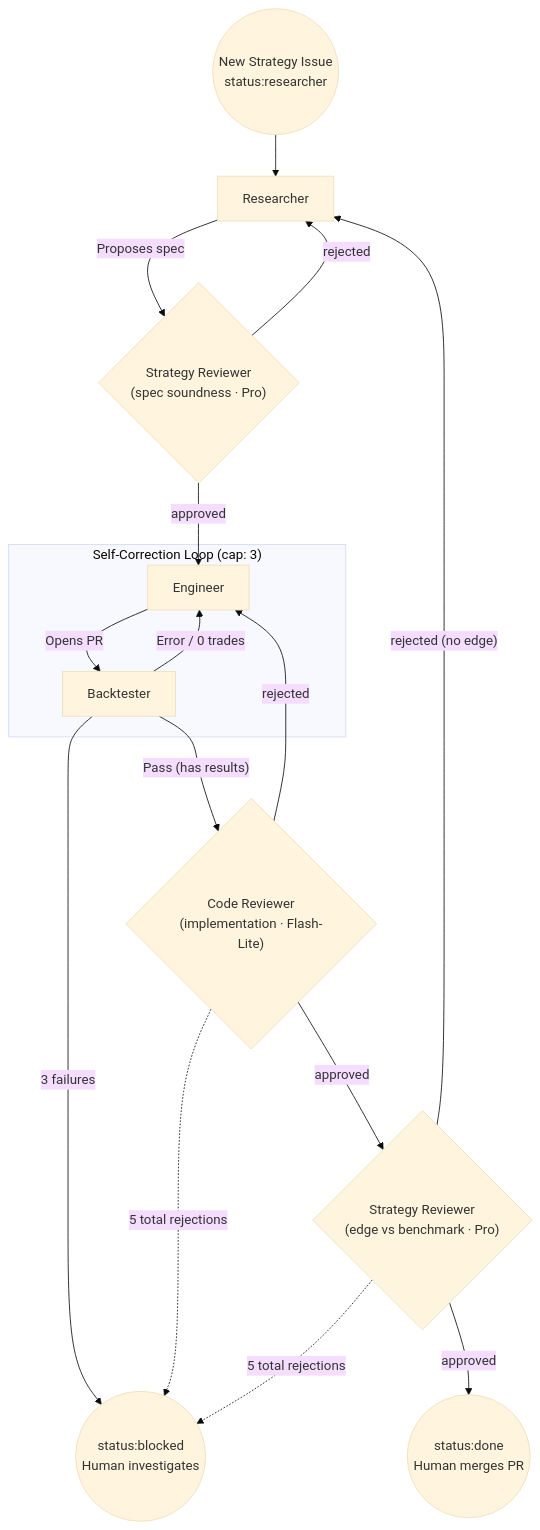
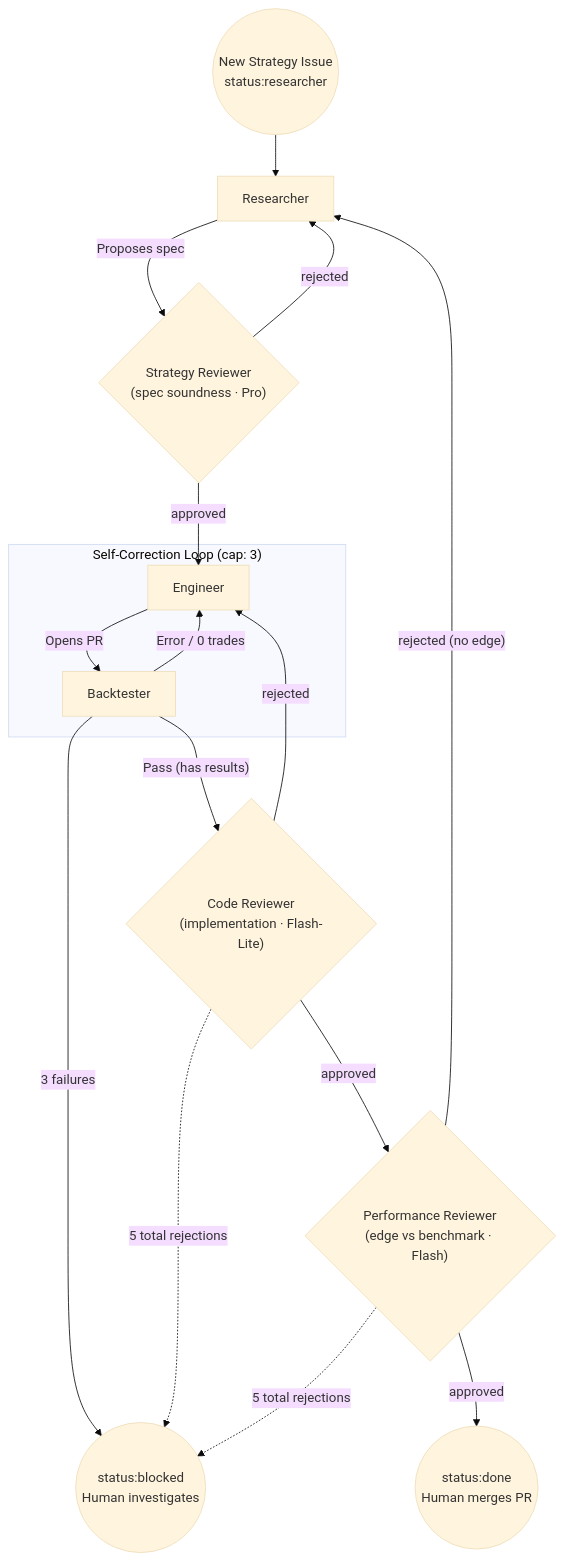
Before and after one commit to tefwilliams/trading-bot-team: the diagram in README.md, drawn with Mermaid (base theme). The commit also changed other lines of this file and 16 other files, not shown here.

First line of the commit message:
Add a third reviewer: split spec-soundness from edge judgment

````diff
--- a/README.md
+++ b/README.md
@@ -24,26 +25,26 @@
 ```mermaid
 graph TD
     Start(("New Strategy Issue<br/>status:researcher")) --> Researcher
     Researcher -- "Proposes spec" --> StratReview{"Strategy Reviewer<br/>(spec soundness · Pro)"}
 
     StratReview -- "rejected" --> Researcher
     StratReview -- "approved" --> Engineer
 
     Engineer -- "Opens PR" --> Backtester
 
     subgraph "Self-Correction Loop (cap: 3)"
     Backtester -- "Error / 0 trades" --> Engineer
     end
 
     Backtester -- "3 failures" --> Blocked(("status:blocked<br/>Human investigates"))
     Backtester -- "Pass (has results)" --> CodeReview{"Code Reviewer<br/>(implementation · Flash-Lite)"}
 
     CodeReview -- "rejected" --> Engineer
-    CodeReview -- "approved" --> EdgeReview{"Strategy Reviewer<br/>(edge vs benchmark · Pro)"}
+    CodeReview -- "approved" --> PerfReview{"Performance Reviewer<br/>(edge vs benchmark · Flash)"}
 
-    EdgeReview -- "rejected (no edge)" --> Researcher
-    EdgeReview -- "approved" --> Done(("status:done<br/>Human merges PR"))
+    PerfReview -- "rejected (no edge)" --> Researcher
+    PerfReview -- "approved" --> Done(("status:done<br/>Human merges PR"))
 
     CodeReview -. "5 total rejections" .-> Blocked
-    EdgeReview -. "5 total rejections" .-> Blocked
+    PerfReview -. "5 total rejections" .-> Blocked
 ```
````
